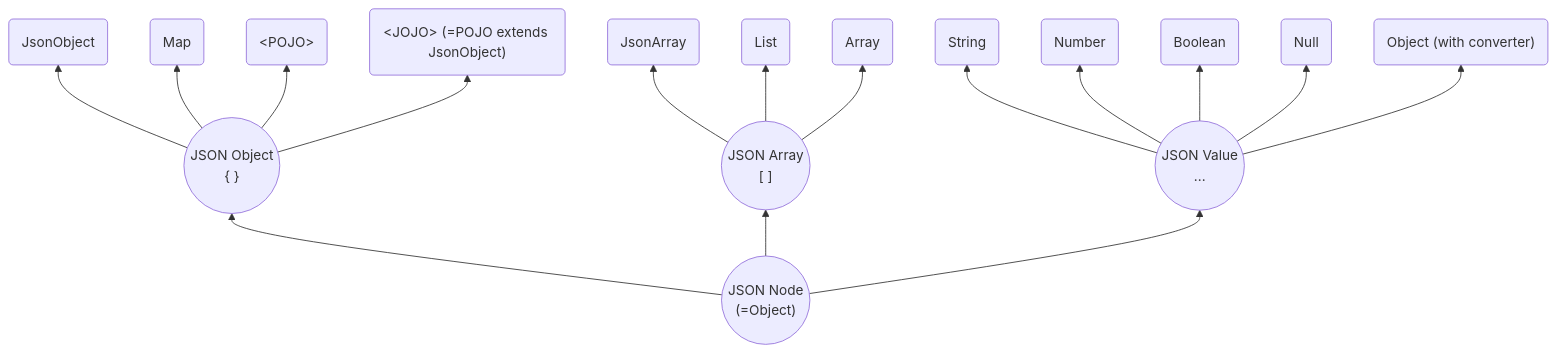
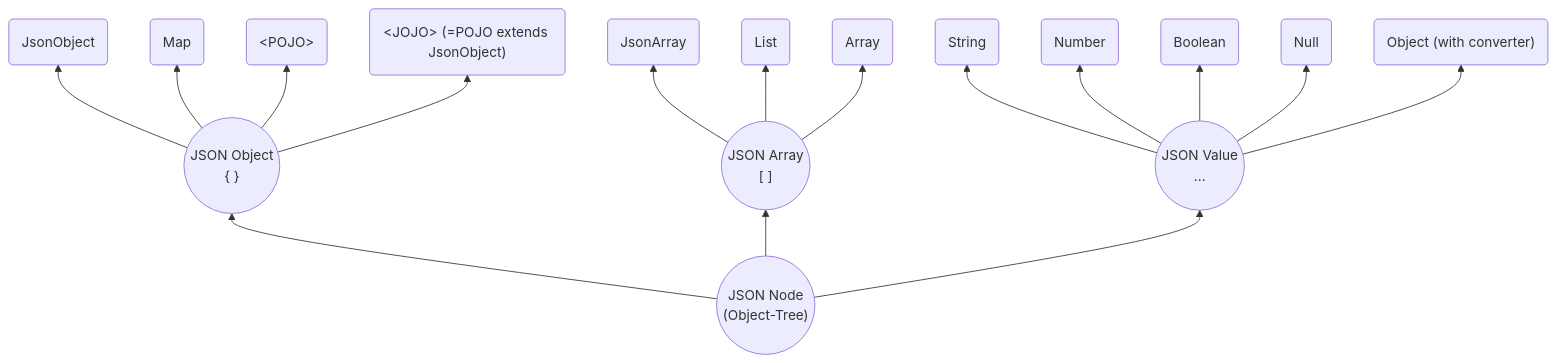
One commit to sjf4j-projects/sjf4j changed the diagram in README.md. Above: the diagram before and after it, drawn with Mermaid. The commit also changed other lines of this file and 3 other files, not shown here.

````diff
--- a/README.md
+++ b/README.md
@@ -18,19 +18,19 @@
 ```mermaid
 graph BT
-    node(("JSON Node <br/> (=Object)"))
+    node(("JSON Node <br/> (Object-Tree)"))
     node --> object(("JSON Object <br/> { }"))
         object --> jo("JsonObject")
         object --> map("Map")
         object --> pojo(" &lt;POJO&gt; ")
         object --> jojo(" &lt;JOJO&gt; (=POJO extends JsonObject)")
     node --> array(("JSON Array <br/> [ ]"))
         array --> ja("JsonArray")
         array --> list("List")
         array --> arr("Array")
     node --> value(("JSON Value <br/> ..."))
         value --> string("String")
         value --> number("Number")
         value --> boolean("Boolean")
         value --> null("Null")
         value --> converted("Object (with converter)")
 ```
````
